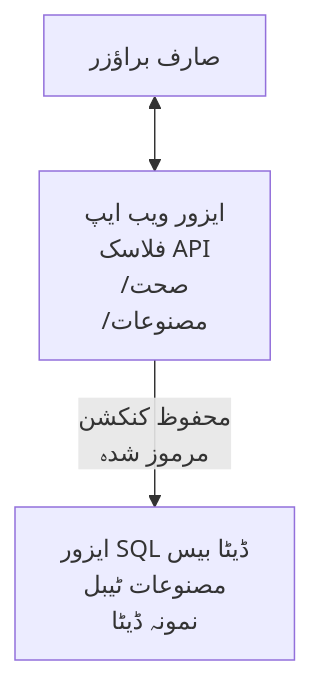
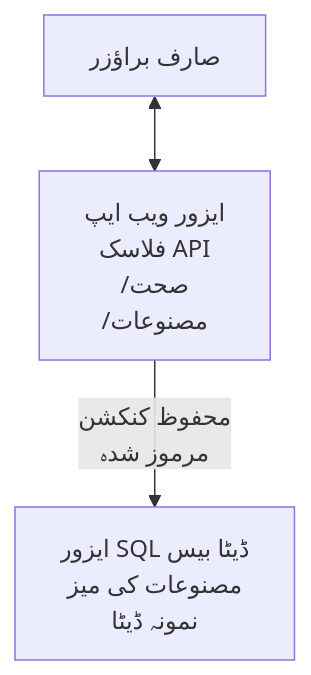
One commit to microsoft/AZD-for-beginners changed the diagram in translations/ur/examples/database-app/README.md. Above: the diagram before and after it, drawn with Mermaid. The commit also changed other lines of this file and 101 other files, not shown here.

````diff
--- a/translations/ur/examples/database-app/README.md
+++ b/translations/ur/examples/database-app/README.md
@@ -72,5 +72,5 @@
 ```mermaid
 graph TD
     Browser[صارف براؤزر] <--> WebApp[ایزور ویب ایپ<br/>فلاسک API<br/>/صحت<br/>/مصنوعات]
-    WebApp -- محفوظ کنکشن<br/>مرموز شدہ --> SQL[ایزور SQL ڈیٹا بیس<br/>مصنوعات ٹیبل<br/>نمونہ ڈیٹا]
+    WebApp -- محفوظ کنکشن<br/>مرموز شدہ --> SQL[ایزور SQL ڈیٹا بیس<br/>مصنوعات کی میز<br/>نمونہ ڈیٹا]
 ```
````
